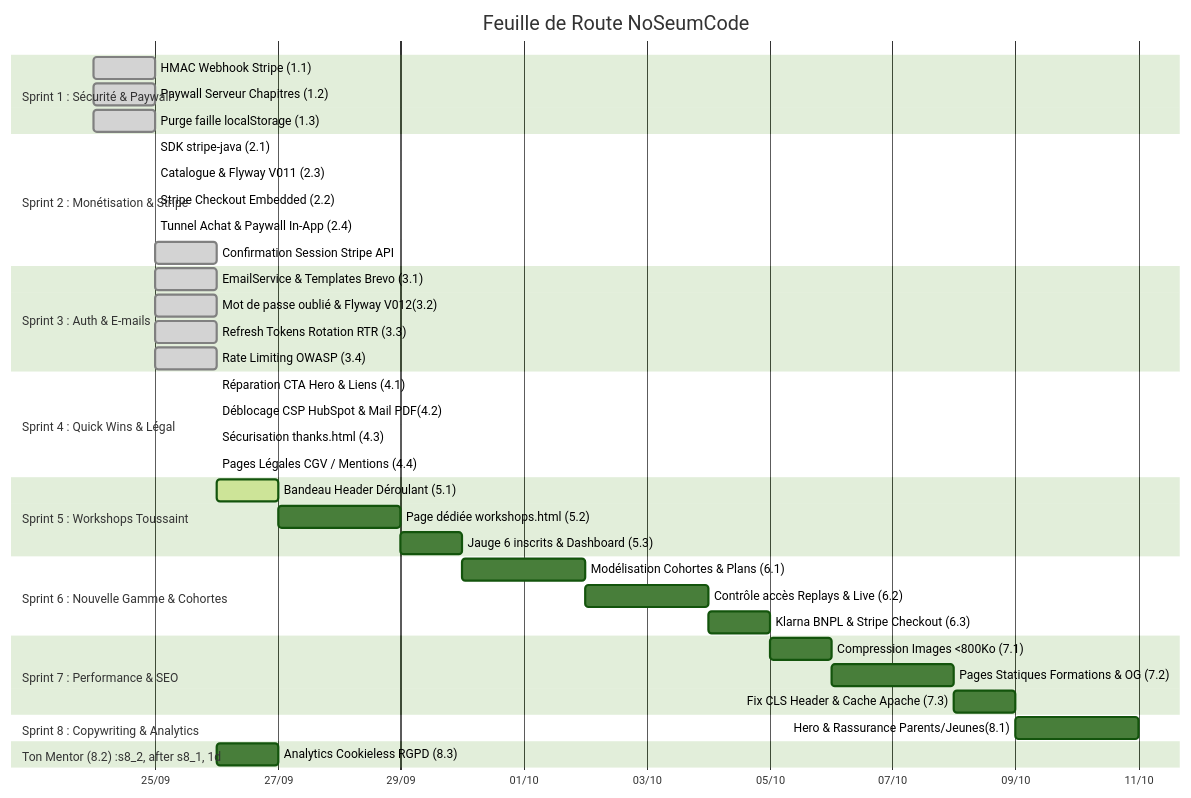
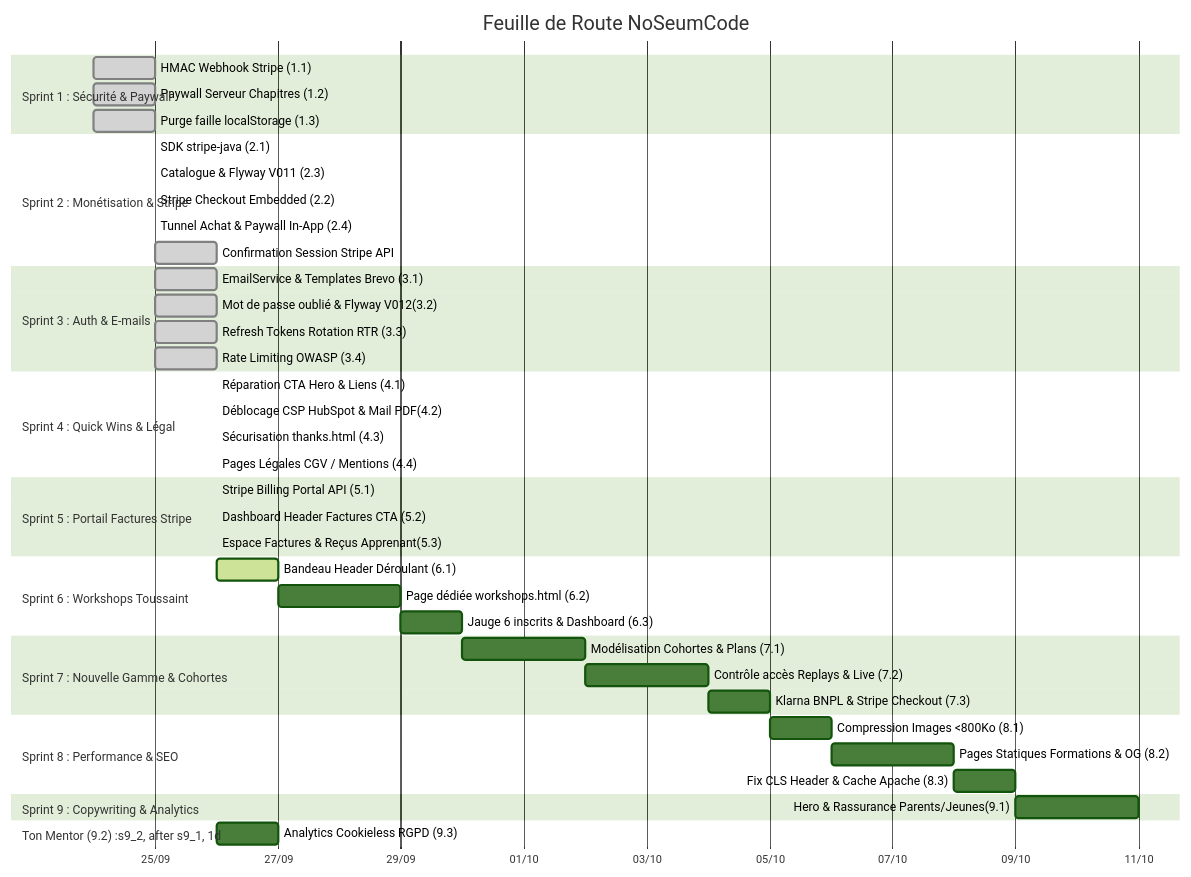
Before and after one commit to cedricrgt/noSeumCode: the diagram in docs/ai/ROADMAP.md, drawn with Mermaid (forest theme). The commit also changed other lines of this file and 9 other files, not shown here.

First line of the commit message:
feat(billing): implement stripe customer portal for student invoices and payment methods

````diff
--- a/docs/ai/ROADMAP.md
+++ b/docs/ai/ROADMAP.md
@@ -25,50 +26,55 @@
 ```mermaid
 gantt
     title Feuille de Route NoSeumCode
     dateFormat  YYYY-MM-DD
     axisFormat  %d/%m
 
     section Sprint 1 : Sécurité & Paywall
     HMAC Webhook Stripe (1.1)            :done, s1_1, 2026-09-24, 2026-09-25
     Paywall Serveur Chapitres (1.2)      :done, s1_2, 2026-09-24, 2026-09-25
     Purge faille localStorage (1.3)      :done, s1_3, 2026-09-24, 2026-09-25
 
     section Sprint 2 : Monétisation & Stripe
     SDK stripe-java (2.1)                :done, s2_1, 2026-09-25, 2026-09-25
     Catalogue & Flyway V011 (2.3)        :done, s2_2, 2026-09-25, 2026-09-25
     Stripe Checkout Embedded (2.2)       :done, s2_3, 2026-09-25, 2026-09-25
     Tunnel Achat & Paywall In-App (2.4)  :done, s2_4, 2026-09-25, 2026-09-25
     Confirmation Session Stripe API      :done, s2_5, 2026-09-25, 2026-09-26
 
     section Sprint 3 : Auth & E-mails
     EmailService & Templates Brevo (3.1) :done, s3_1, 2026-09-25, 2026-09-26
     Mot de passe oublié & Flyway V012(3.2):done, s3_2, 2026-09-25, 2026-09-26
     Refresh Tokens Rotation RTR (3.3)    :done, s3_3, 2026-09-25, 2026-09-26
     Rate Limiting OWASP (3.4)            :done, s3_4, 2026-09-25, 2026-09-26
 
     section Sprint 4 : Quick Wins & Légal
     Réparation CTA Hero & Liens (4.1)    :done, s4_1, 2026-09-26, 2026-09-26
     Déblocage CSP HubSpot & Mail PDF(4.2):done, s4_2, 2026-09-26, 2026-09-26
     Sécurisation thanks.html (4.3)       :done, s4_3, 2026-09-26, 2026-09-26
     Pages Légales CGV / Mentions (4.4)   :done, s4_4, 2026-09-26, 2026-09-26
 
-    section Sprint 5 : Workshops Toussaint
-    Bandeau Header Déroulant (5.1)       :active, s5_1, 2026-09-26, 1d
-    Page dédiée workshops.html (5.2)     :s5_2, after s5_1, 2d
-    Jauge 6 inscrits & Dashboard (5.3)   :s5_3, after s5_2, 1d
+    section Sprint 5 : Portail Factures Stripe
+    Stripe Billing Portal API (5.1)      :done, s5_1, 2026-09-26, 2026-09-26
+    Dashboard Header Factures CTA (5.2)  :done, s5_2, 2026-09-26, 2026-09-26
+    Espace Factures & Reçus Apprenant(5.3):done, s5_3, 2026-09-26, 2026-09-26
 
-    section Sprint 6 : Nouvelle Gamme & Cohortes
-    Modélisation Cohortes & Plans (6.1)  :s6_1, after s5_3, 2d
-    Contrôle accès Replays & Live (6.2)  :s6_2, after s6_1, 2d
-    Klarna BNPL & Stripe Checkout (6.3)  :s6_3, after s6_2, 1d
+    section Sprint 6 : Workshops Toussaint
+    Bandeau Header Déroulant (6.1)       :active, s6_1, 2026-09-26, 1d
+    Page dédiée workshops.html (6.2)     :s6_2, after s6_1, 2d
+    Jauge 6 inscrits & Dashboard (6.3)   :s6_3, after s6_2, 1d
 
-    section Sprint 7 : Performance & SEO
-    Compression Images <800Ko (7.1)      :s7_1, after s6_3, 1d
-    Pages Statiques Formations & OG (7.2):s7_2, after s7_1, 2d
-    Fix CLS Header & Cache Apache (7.3)  :s7_3, after s7_2, 1d
+    section Sprint 7 : Nouvelle Gamme & Cohortes
+    Modélisation Cohortes & Plans (7.1)  :s7_1, after s6_3, 2d
+    Contrôle accès Replays & Live (7.2)  :s7_2, after s7_1, 2d
+    Klarna BNPL & Stripe Checkout (7.3)  :s7_3, after s7_2, 1d
 
-    section Sprint 8 : Copywriting & Analytics
-    Hero & Rassurance Parents/Jeunes(8.1):s8_1, after s7_3, 2d
-    Section Ton Mentor (8.2)             :s8_2, after s8_1, 1d
-    Analytics Cookieless RGPD (8.3)      :s8_3, after s8_2, 1d
+    section Sprint 8 : Performance & SEO
+    Compression Images <800Ko (8.1)      :s8_1, after s7_3, 1d
+    Pages Statiques Formations & OG (8.2):s8_2, after s8_1, 2d
+    Fix CLS Header & Cache Apache (8.3)  :s8_3, after s8_2, 1d
+
+    section Sprint 9 : Copywriting & Analytics
+    Hero & Rassurance Parents/Jeunes(9.1):s9_1, after s8_3, 2d
+    Section Ton Mentor (9.2)             :s9_2, after s9_1, 1d
+    Analytics Cookieless RGPD (9.3)      :s9_3, after s9_2, 1d
 ```
````
